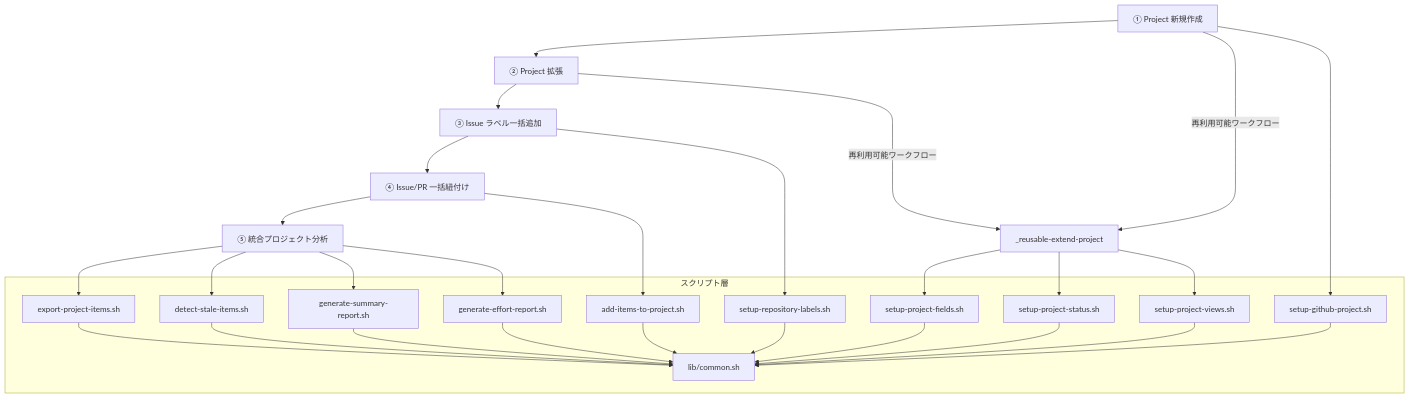
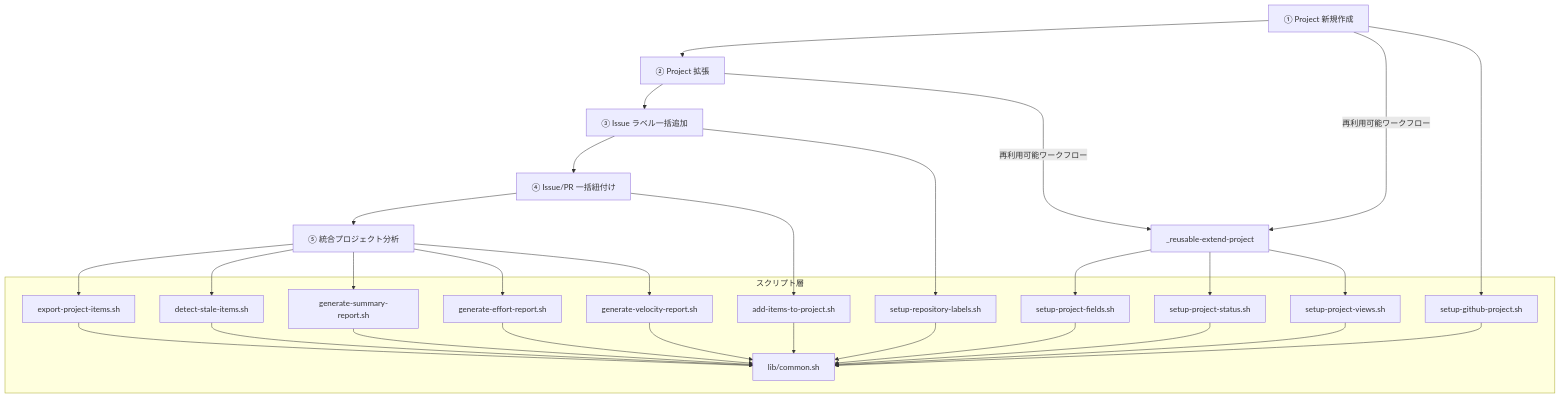
One commit to mabubu0203/github-projects-starter-kit changed the diagram in docs/developers.md. Above: the diagram before and after it, drawn with Mermaid. The commit also changed other lines of this file and 4 other files, not shown here.

````diff
--- a/docs/developers.md
+++ b/docs/developers.md
@@ -10,36 +10,38 @@
 ```mermaid
 flowchart TD
     A["① Project 新規作成"] --> B["② Project 拡張"]
     B --> C["③ Issue ラベル一括追加"]
     C --> D["④ Issue/PR 一括紐付け"]
     D --> F["⑤ 統合プロジェクト分析"]
 
     A -- "再利用可能ワークフロー" --> R["_reusable-extend-project"]
     B -- "再利用可能ワークフロー" --> R
 
     subgraph scripts ["スクリプト層"]
         S1["setup-github-project.sh"]
         S2["setup-project-fields.sh"]
         S3["setup-project-status.sh"]
         S4["setup-project-views.sh"]
         S5["add-items-to-project.sh"]
         S6["export-project-items.sh"]
         S7["setup-repository-labels.sh"]
         S8["detect-stale-items.sh"]
         S9["generate-summary-report.sh"]
         S10["generate-effort-report.sh"]
+        S11["generate-velocity-report.sh"]
         SL["lib/common.sh"]
     end
 
     A --> S1
     R --> S2
     R --> S3
     R --> S4
     C --> S7
     D --> S5
     F --> S6
     F --> S8
     F --> S9
     F --> S10
-    S1 & S2 & S3 & S4 & S5 & S6 & S7 & S8 & S9 & S10 --> SL
+    F --> S11
+    S1 & S2 & S3 & S4 & S5 & S6 & S7 & S8 & S9 & S10 & S11 --> SL
 ```
````
